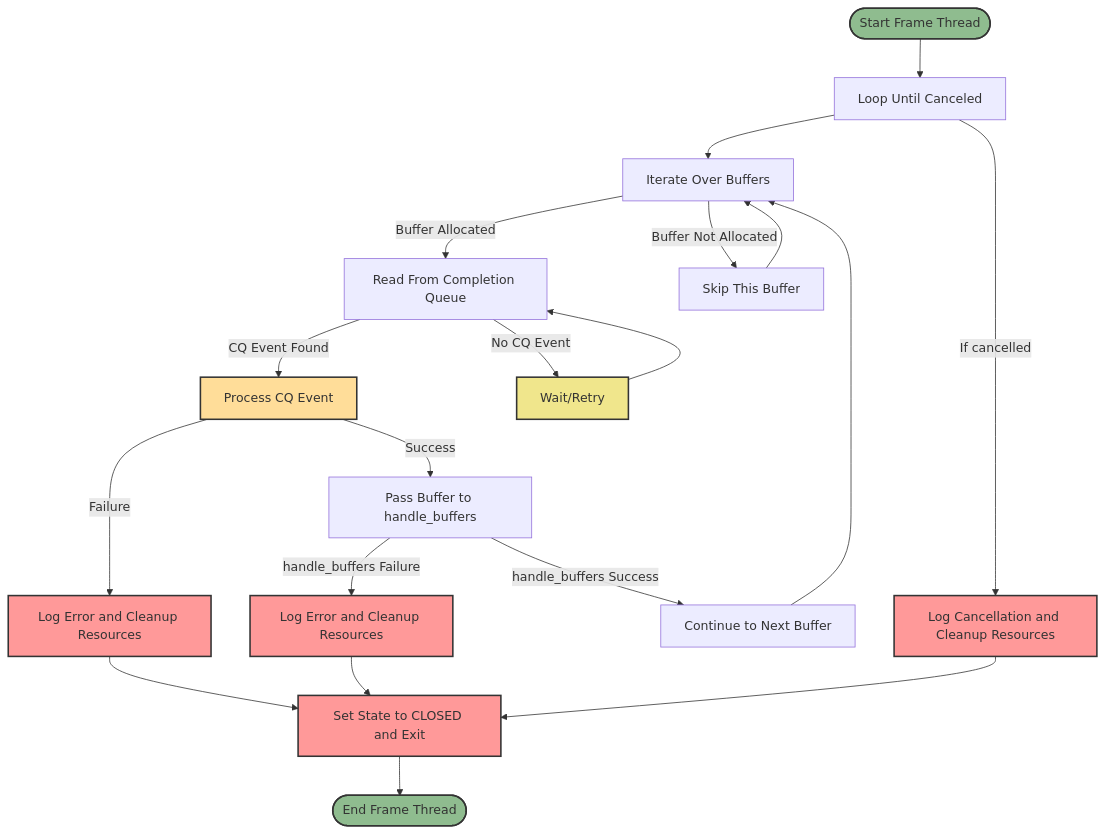
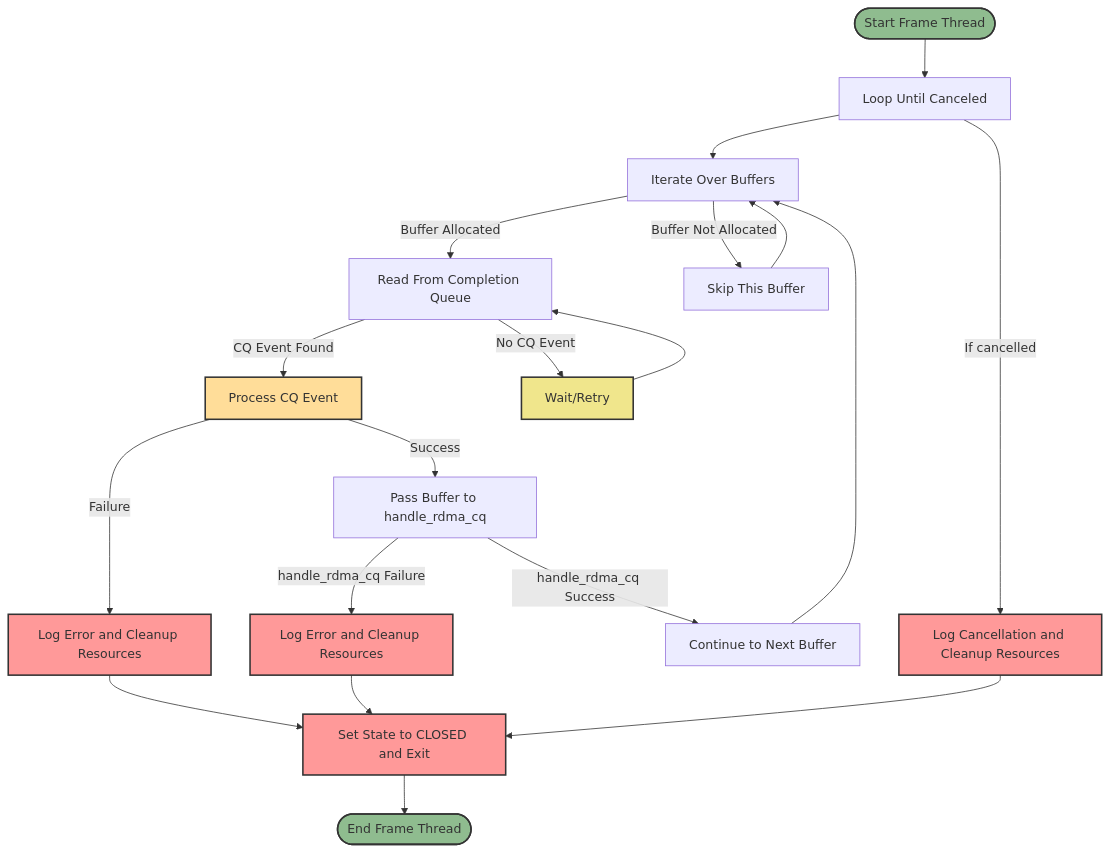
Before and after one commit to OpenVisualCloud/Media-Communications-Mesh: the second of 3 diagrams in media-proxy/include/mesh/CONN-RDMA.md, drawn with Mermaid. The commit also changed other lines of this file and 11 other files, not shown here.

Commit message:
WIP on ring_buffer + added physical rdma concurrent tx/rx test

````diff
--- a/media-proxy/include/mesh/CONN-RDMA.md
+++ b/media-proxy/include/mesh/CONN-RDMA.md
@@ -48,36 +48,36 @@
 ```mermaid
 flowchart TD
     start([Start Frame Thread]) --> loopStart[Loop Until Canceled]
     loopStart -->|If cancelled| cleanup3[Log Cancellation and Cleanup Resources]
     
     loopStart --> bufIter[Iterate Over Buffers]
     bufIter -->|Buffer Allocated| cqRead[Read From Completion Queue]
     bufIter -->|Buffer Not Allocated| skipBuffer[Skip This Buffer]
     skipBuffer --> bufIter
 
     cqRead -->|CQ Event Found| process[Process CQ Event]
     cqRead -->|No CQ Event| retry[Wait/Retry]
     retry --> cqRead
 
-    process -->|Success| passToHandler[Pass Buffer to handle_buffers]
+    process -->|Success| passToHandler[Pass Buffer to handle_rdma_cq]
     process -->|Failure| cleanup1[Log Error and Cleanup Resources]
 
-    passToHandler -->|handle_buffers Success| continueLoop[Continue to Next Buffer]
-    passToHandler -->|handle_buffers Failure| cleanup2[Log Error and Cleanup Resources]
+    passToHandler -->|handle_rdma_cq Success| continueLoop[Continue to Next Buffer]
+    passToHandler -->|handle_rdma_cq Failure| cleanup2[Log Error and Cleanup Resources]
     
     cleanup1 --> exitThread[Set State to CLOSED and Exit]
     cleanup2 --> exitThread
     cleanup3 --> exitThread
     
     continueLoop --> bufIter
     exitThread --> threadEnd([End Frame Thread])
 
     style start fill:#8fbc8f,stroke:#333,stroke-width:2px
     style threadEnd fill:#8fbc8f,stroke:#333,stroke-width:2px
     style retry fill:#f0e68c,stroke:#333,stroke-width:2px
     style process fill:#ffdd99,stroke:#333,stroke-width:2px
     style cleanup1 fill:#ff9999,stroke:#333,stroke-width:2px
     style cleanup2 fill:#ff9999,stroke:#333,stroke-width:2px
     style cleanup3 fill:#ff9999,stroke:#333,stroke-width:2px
     style exitThread fill:#ff9999,stroke:#333,stroke-width:2px
 ```
````
